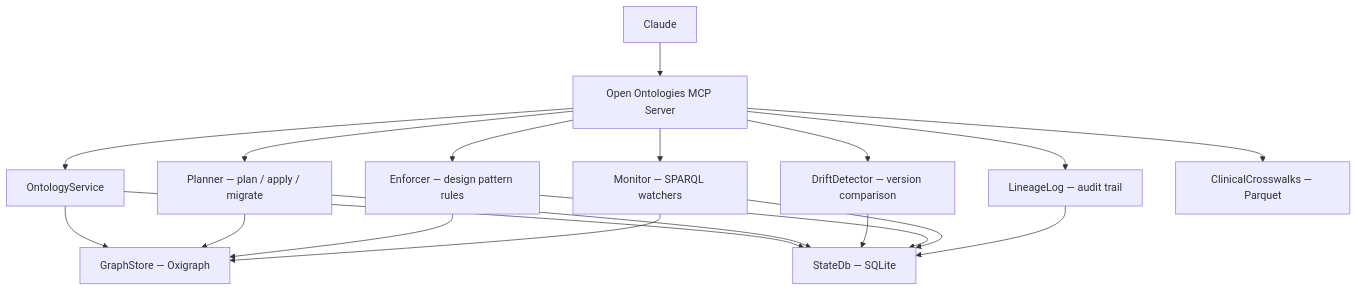
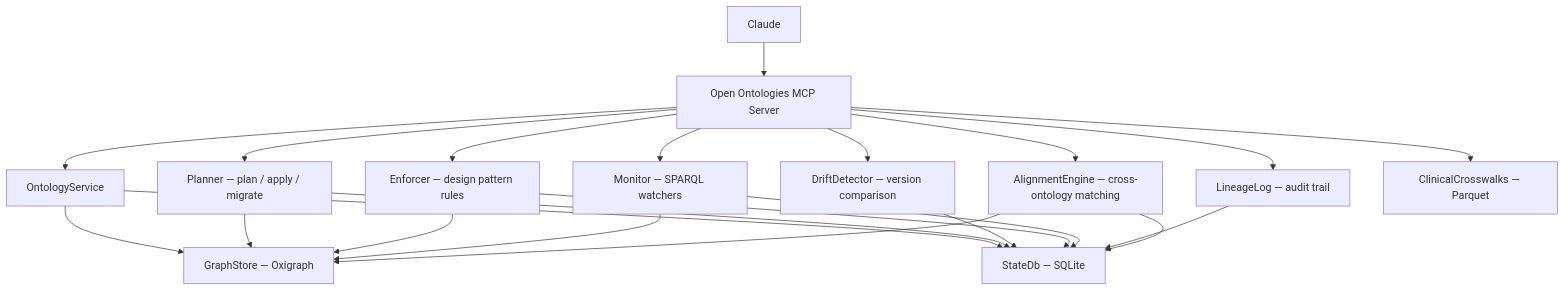
Before and after one commit to fabio-rovai/open-ontologies: the fourth of 4 diagrams in README.md, drawn with Mermaid. The commit also changed other lines of this file, not shown here.

Commit message:
docs: update README with alignment tools, architecture, and signal table

````diff
--- a/README.md
+++ b/README.md
@@ -360,33 +384,37 @@
 ```mermaid
 flowchart TD
     Claude["Claude"]
     MCP["Open Ontologies MCP Server"]
     OntologyService["OntologyService"]
     GraphStore["GraphStore — Oxigraph"]
     StateDb["StateDb — SQLite"]
     Planner["Planner — plan / apply / migrate"]
     DriftDetector["DriftDetector — version comparison"]
     Enforcer["Enforcer — design pattern rules"]
     Monitor["Monitor — SPARQL watchers"]
     Lineage["LineageLog — audit trail"]
+    Alignment["AlignmentEngine — cross-ontology matching"]
     Clinical["ClinicalCrosswalks — Parquet"]
 
     Claude --> MCP
     MCP --> OntologyService
     MCP --> Planner
     MCP --> DriftDetector
     MCP --> Enforcer
     MCP --> Monitor
     MCP --> Lineage
+    MCP --> Alignment
     MCP --> Clinical
     OntologyService --> GraphStore
     OntologyService --> StateDb
     Planner --> GraphStore
     Planner --> StateDb
     DriftDetector --> StateDb
     Enforcer --> GraphStore
     Enforcer --> StateDb
     Monitor --> GraphStore
     Monitor --> StateDb
     Lineage --> StateDb
+    Alignment --> GraphStore
+    Alignment --> StateDb
 ```
````
